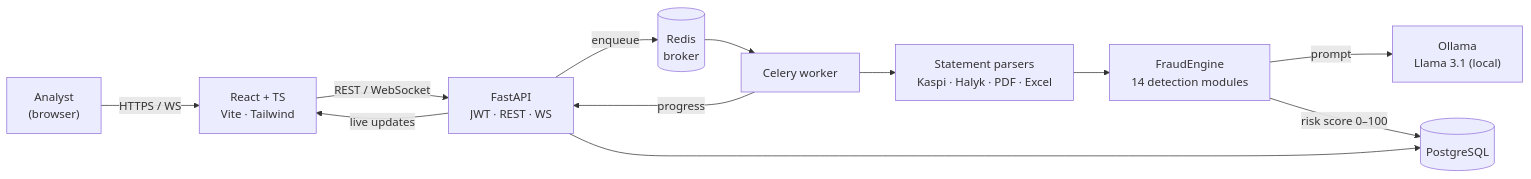
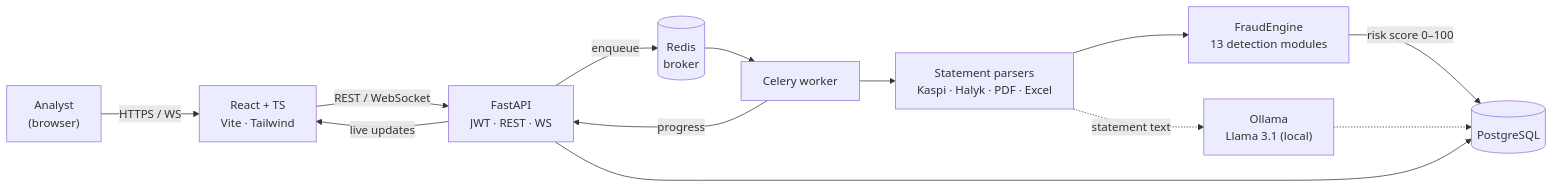
Before and after one commit to taaazhi/ntFAST: the diagram in README.md, drawn with Mermaid. The commit also changed other lines of this file, not shown here.

````diff
--- a/README.md
+++ b/README.md
@@ -77,14 +77,15 @@
 ```mermaid
 flowchart LR
     U["Analyst<br/>(browser)"] -->|HTTPS / WS| FE["React + TS<br/>Vite · Tailwind"]
     FE -->|REST / WebSocket| API["FastAPI<br/>JWT · REST · WS"]
     API -->|enqueue| Q[("Redis<br/>broker")]
     Q --> W["Celery worker"]
     W --> P["Statement parsers<br/>Kaspi · Halyk · PDF · Excel"]
-    P --> ENG["FraudEngine<br/>14 detection modules"]
-    ENG -->|prompt| LLM["Ollama<br/>Llama 3.1 (local)"]
+    P --> ENG["FraudEngine<br/>13 detection modules"]
+    P -.->|statement text| LLM["Ollama<br/>Llama 3.1 (local)"]
     ENG -->|risk score 0–100| DB[("PostgreSQL")]
+    LLM -.-> DB
     API --> DB
     W -->|progress| API
     API -->|live updates| FE
 ```
````
